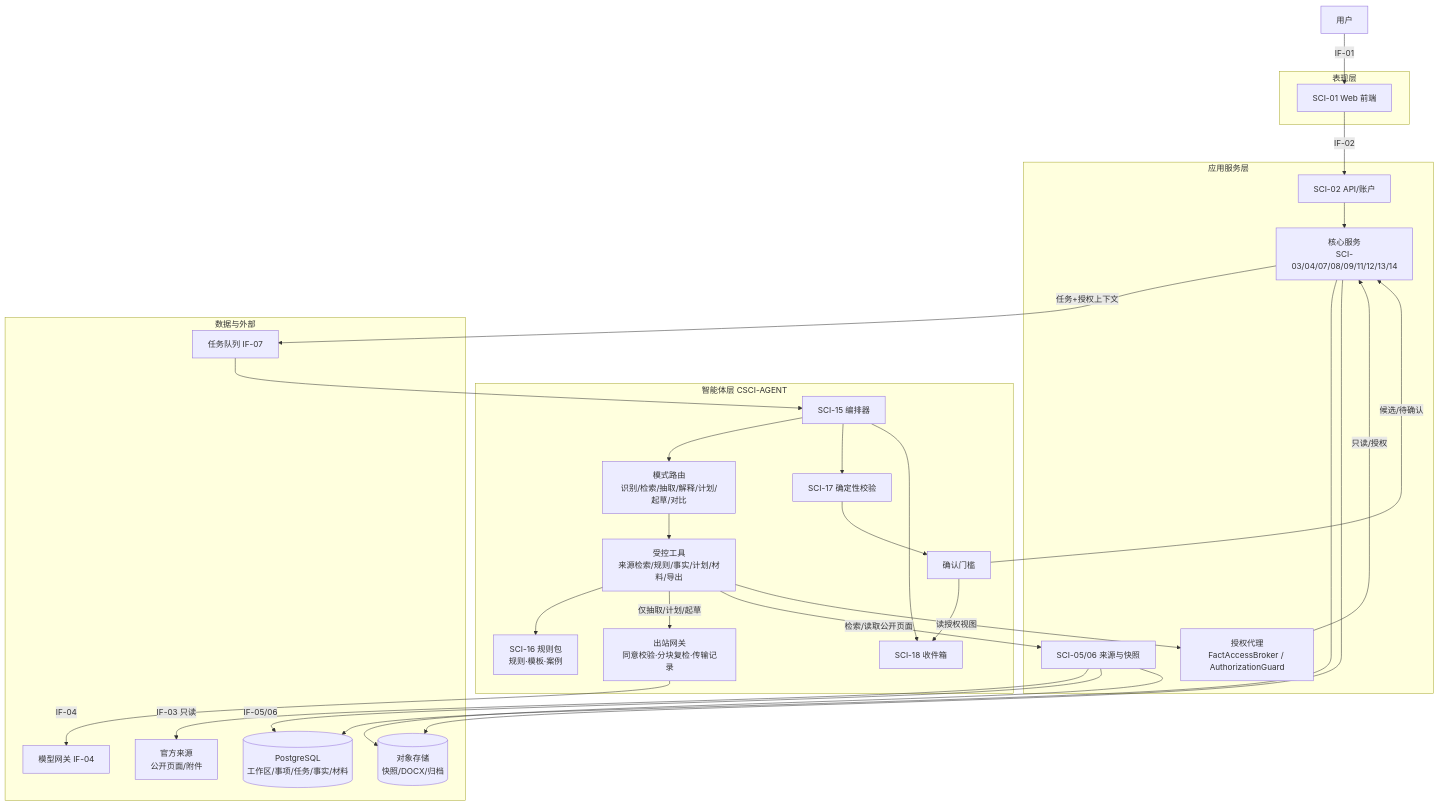
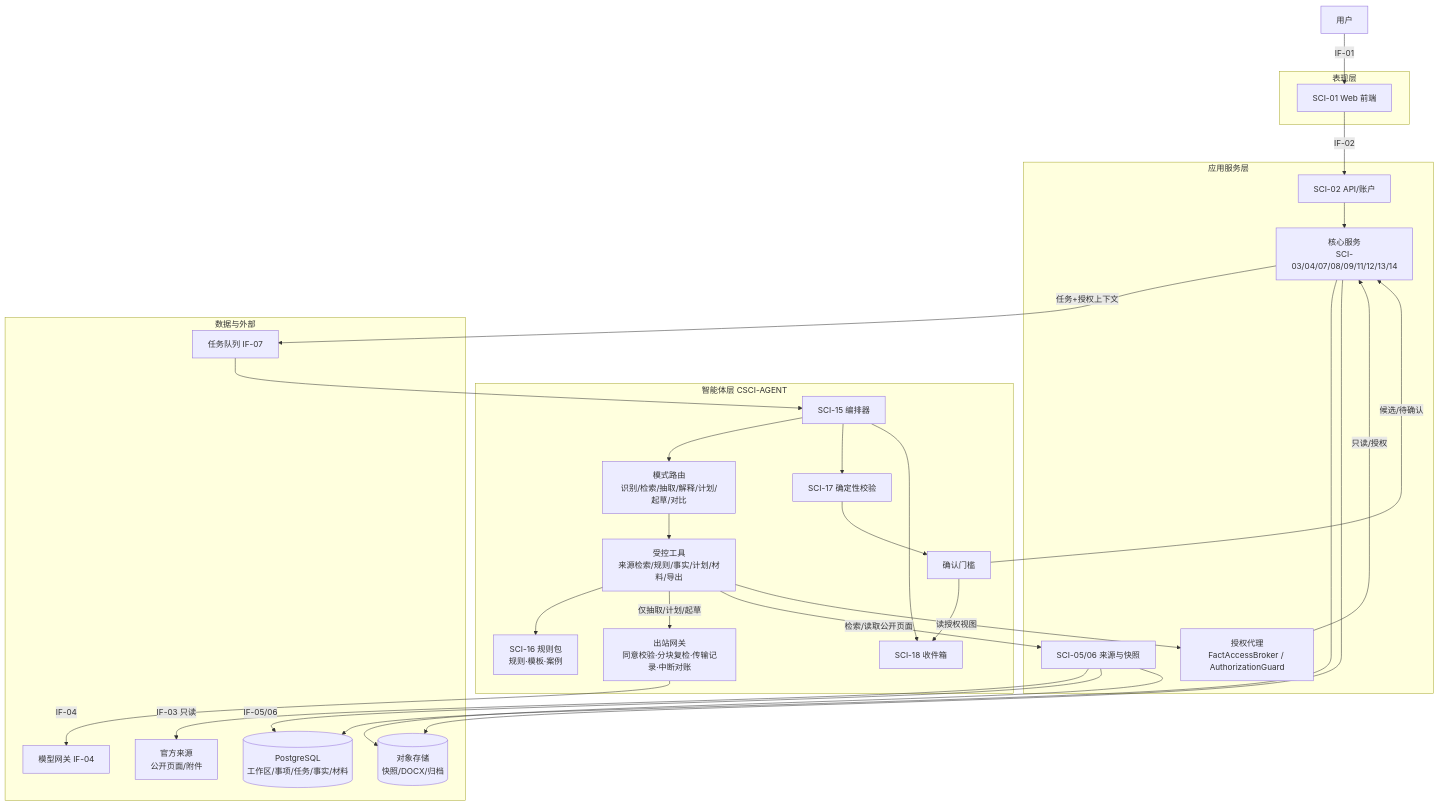
The ninth of 23 diagrams in docs/design/system-design/offerpilot-system-design.md (LotteryCamp/OfferPilot), drawn with Mermaid before and after one commit. The commit also changed other lines of this file, not shown here.

````diff
--- a/docs/design/system-design/offerpilot-system-design.md
+++ b/docs/design/system-design/offerpilot-system-design.md
@@ -1120,53 +1123,53 @@
 ```mermaid
 flowchart TB
     STU["用户"]
     subgraph UX["表现层"]
         WEB["SCI-01 Web 前端"]
     end
     subgraph APP["应用服务层"]
         API["SCI-02 API/账户"]
         CORE["核心服务<br/>SCI-03/04/07/08/09/11/12/13/14"]
         SRC["SCI-05/06 来源与快照"]
         AUTHZ["授权代理<br/>FactAccessBroker / AuthorizationGuard"]
     end
     subgraph AG["智能体层 CSCI-AGENT"]
         ORCH["SCI-15 编排器"]
         MODES["模式路由<br/>识别/检索/抽取/解释/计划/起草/对比"]
         TOOLS["受控工具<br/>来源检索/规则/事实/计划/材料/导出"]
-        OGW["出站网关<br/>同意校验·分块复检·传输记录"]
+        OGW["出站网关<br/>同意校验·分块复检·传输记录·中断对账"]
         KP["SCI-16 规则包<br/>规则·模板·案例"]
         VAL["SCI-17 确定性校验"]
         GATE["确认门槛"]
         INBOX["SCI-18 收件箱"]
     end
     subgraph INF["数据与外部"]
         DB[("PostgreSQL<br/>工作区/事项/任务/事实/材料")]
         OBJ[("对象存储<br/>快照/DOCX/归档")]
         Q["任务队列 IF-07"]
         LLM["模型网关 IF-04"]
         OFF["官方来源<br/>公开页面/附件"]
     end
     STU -->|"IF-01"| WEB
     WEB -->|"IF-02"| API
     API --> CORE
     CORE -->|"任务+授权上下文"| Q
     Q --> ORCH
     ORCH --> MODES
     MODES --> TOOLS
     TOOLS --> KP
     TOOLS -->|"仅抽取/计划/起草"| OGW
     OGW -->|"IF-04"| LLM
     TOOLS -->|"检索/读取公开页面"| SRC
     SRC -->|"IF-03 只读"| OFF
     TOOLS -->|"读授权视图"| AUTHZ
     AUTHZ -->|"只读/授权"| CORE
     SRC -->|"IF-05/06"| DB
     SRC --> OBJ
     ORCH --> VAL
     VAL --> GATE
     GATE -->|"候选/待确认"| CORE
     GATE --> INBOX
     ORCH --> INBOX
     CORE --> DB
     CORE --> OBJ
 ```
````
